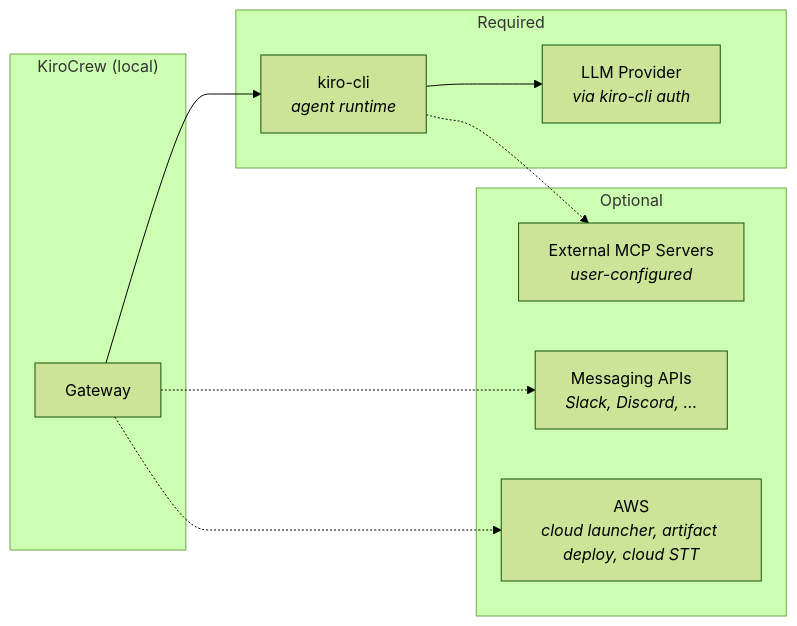
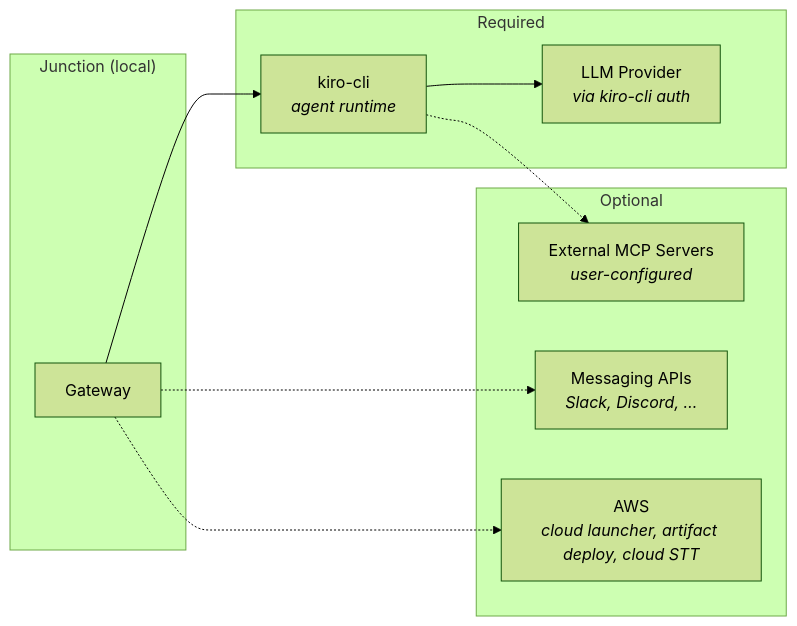
One commit to laqaer/acpcrew changed the eighth of 9 diagrams in docs/architecture/overview.md. Above: the diagram before and after it, drawn with Mermaid (forest theme). The commit also changed other lines of this file and 5318 other files, not shown here.

````diff
--- a/docs/architecture/overview.md
+++ b/docs/architecture/overview.md
@@ -593,23 +593,23 @@
 ```mermaid
 graph LR
-    subgraph "KiroCrew (local)"
+    subgraph "Junction (local)"
         GW2[Gateway]
     end
 
     subgraph "Required"
         KIRO[kiro-cli<br/><i>agent runtime</i>]
         LLM2[LLM Provider<br/><i>via kiro-cli auth</i>]
     end
 
     subgraph "Optional"
         CHAN_API[Messaging APIs<br/><i>Slack, Discord, …</i>]
         MCP_EXT[External MCP Servers<br/><i>user-configured</i>]
         AWS[AWS<br/><i>cloud launcher, artifact deploy, cloud STT</i>]
     end
 
     GW2 --> KIRO
     KIRO --> LLM2
     GW2 -.-> CHAN_API
     KIRO -.-> MCP_EXT
     GW2 -.-> AWS
 ```
````
